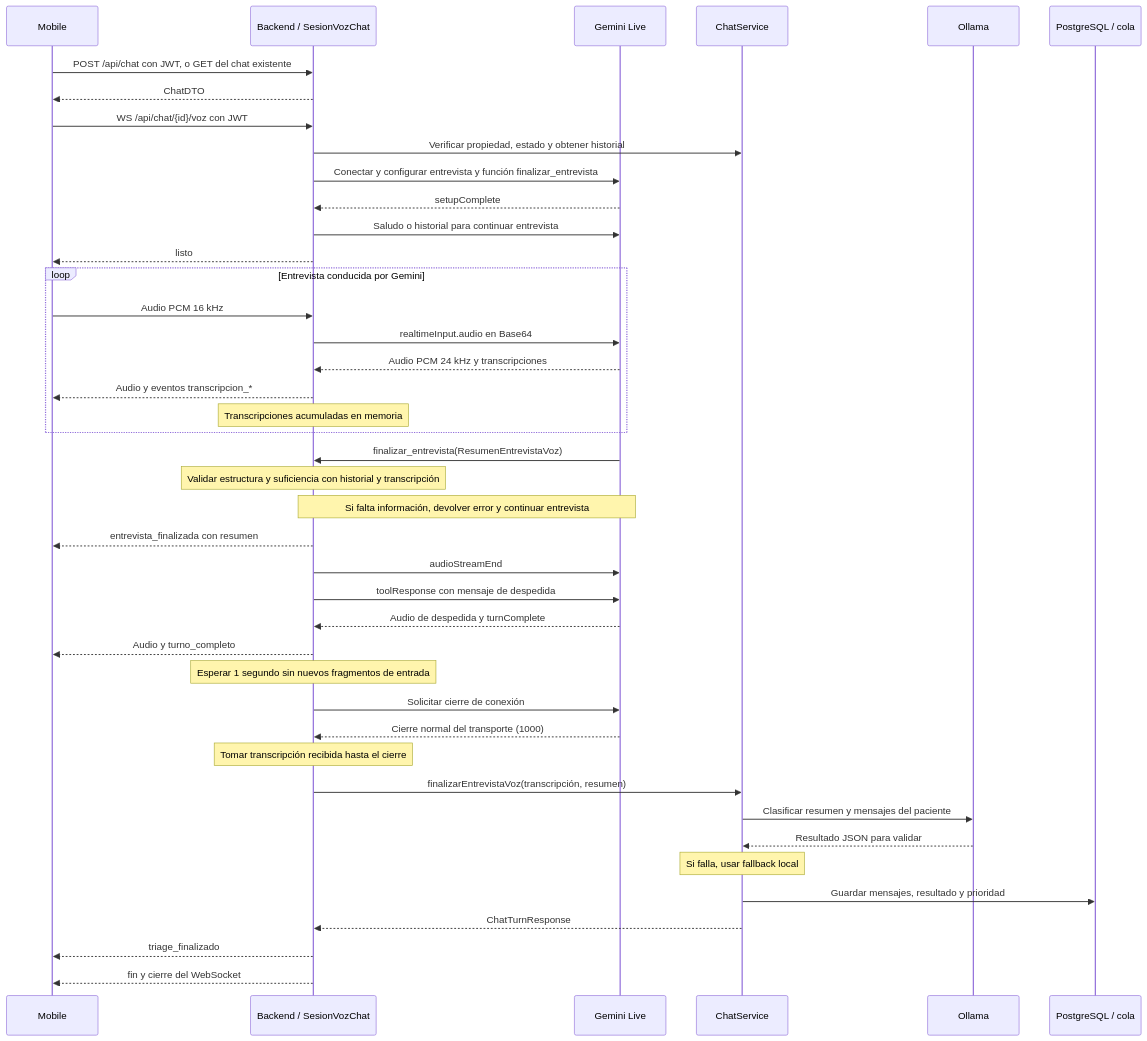
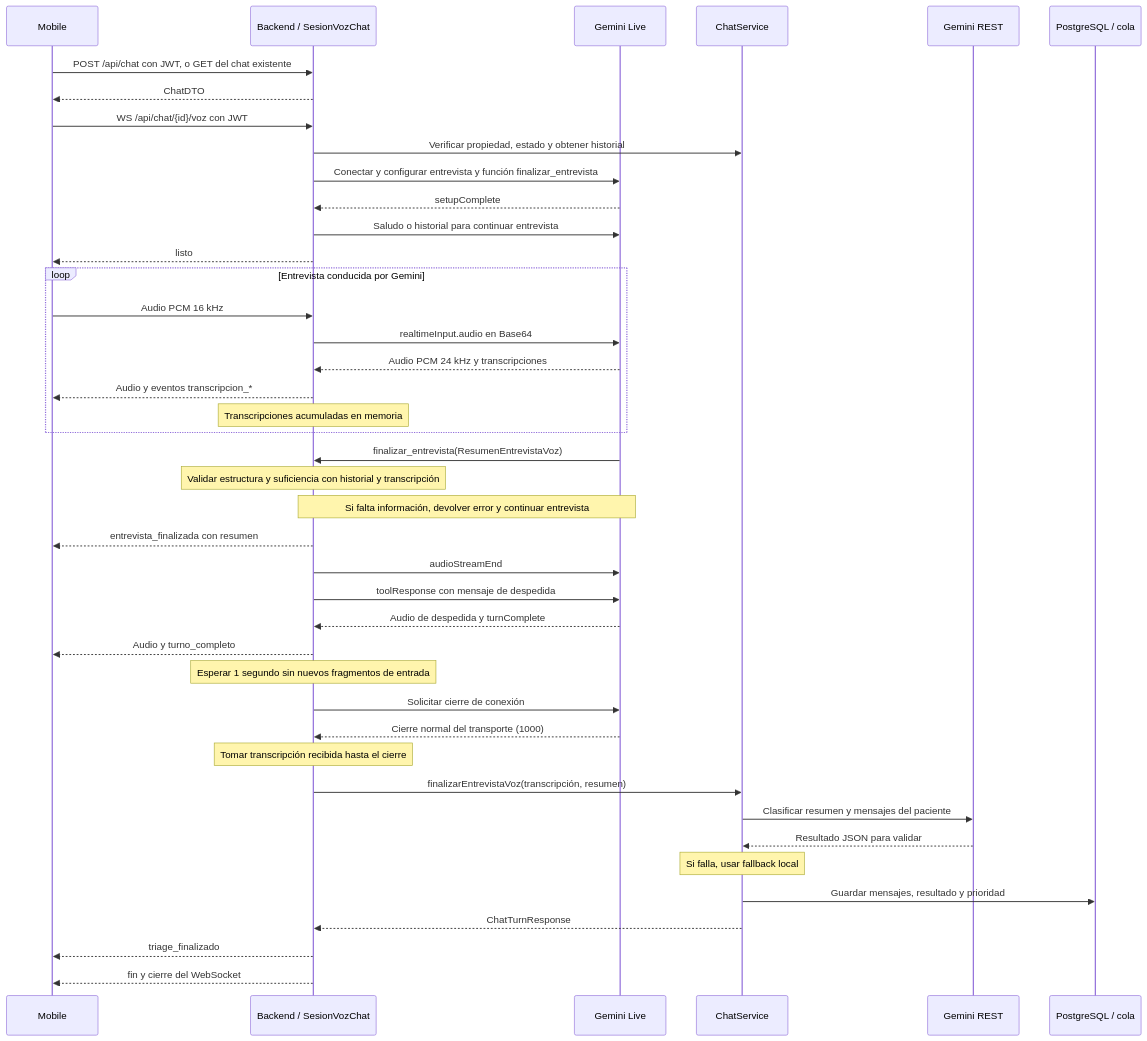
Before and after one commit to MatiasCanevaro/pretriage_backend: the diagram in docs/14-chat-voz-gemini-live.md, drawn with Mermaid. The commit also changed other lines of this file and 29 other files, not shown here.

````diff
--- a/docs/14-chat-voz-gemini-live.md
+++ b/docs/14-chat-voz-gemini-live.md
@@ -25,45 +25,45 @@
 ```mermaid
 sequenceDiagram
     participant M as Mobile
     participant B as Backend / SesionVozChat
     participant G as Gemini Live
     participant C as ChatService
-    participant O as Ollama
+    participant O as Gemini REST
     participant D as PostgreSQL / cola
 
     M->>B: POST /api/chat con JWT, o GET del chat existente
     B-->>M: ChatDTO
     M->>B: WS /api/chat/{id}/voz con JWT
     B->>C: Verificar propiedad, estado y obtener historial
     B->>G: Conectar y configurar entrevista y función finalizar_entrevista
     G-->>B: setupComplete
     B->>G: Saludo o historial para continuar entrevista
     B-->>M: listo
     loop Entrevista conducida por Gemini
         M->>B: Audio PCM 16 kHz
         B->>G: realtimeInput.audio en Base64
         G-->>B: Audio PCM 24 kHz y transcripciones
         B-->>M: Audio y eventos transcripcion_*
         Note over B: Transcripciones acumuladas en memoria
     end
     G->>B: finalizar_entrevista(ResumenEntrevistaVoz)
     Note over B: Validar estructura y suficiencia con historial y transcripción
     Note over B,G: Si falta información, devolver error y continuar entrevista
     B-->>M: entrevista_finalizada con resumen
     B->>G: audioStreamEnd
     B->>G: toolResponse con mensaje de despedida
     G-->>B: Audio de despedida y turnComplete
     B-->>M: Audio y turno_completo
     Note over B: Esperar 1 segundo sin nuevos fragmentos de entrada
     B->>G: Solicitar cierre de conexión
     G-->>B: Cierre normal del transporte (1000)
     Note over B: Tomar transcripción recibida hasta el cierre
     B->>C: finalizarEntrevistaVoz(transcripción, resumen)
     C->>O: Clasificar resumen y mensajes del paciente
     O-->>C: Resultado JSON para validar
     Note over C: Si falla, usar fallback local
     C->>D: Guardar mensajes, resultado y prioridad
     C-->>B: ChatTurnResponse
     B-->>M: triage_finalizado
     B-->>M: fin y cierre del WebSocket
 ```
````
